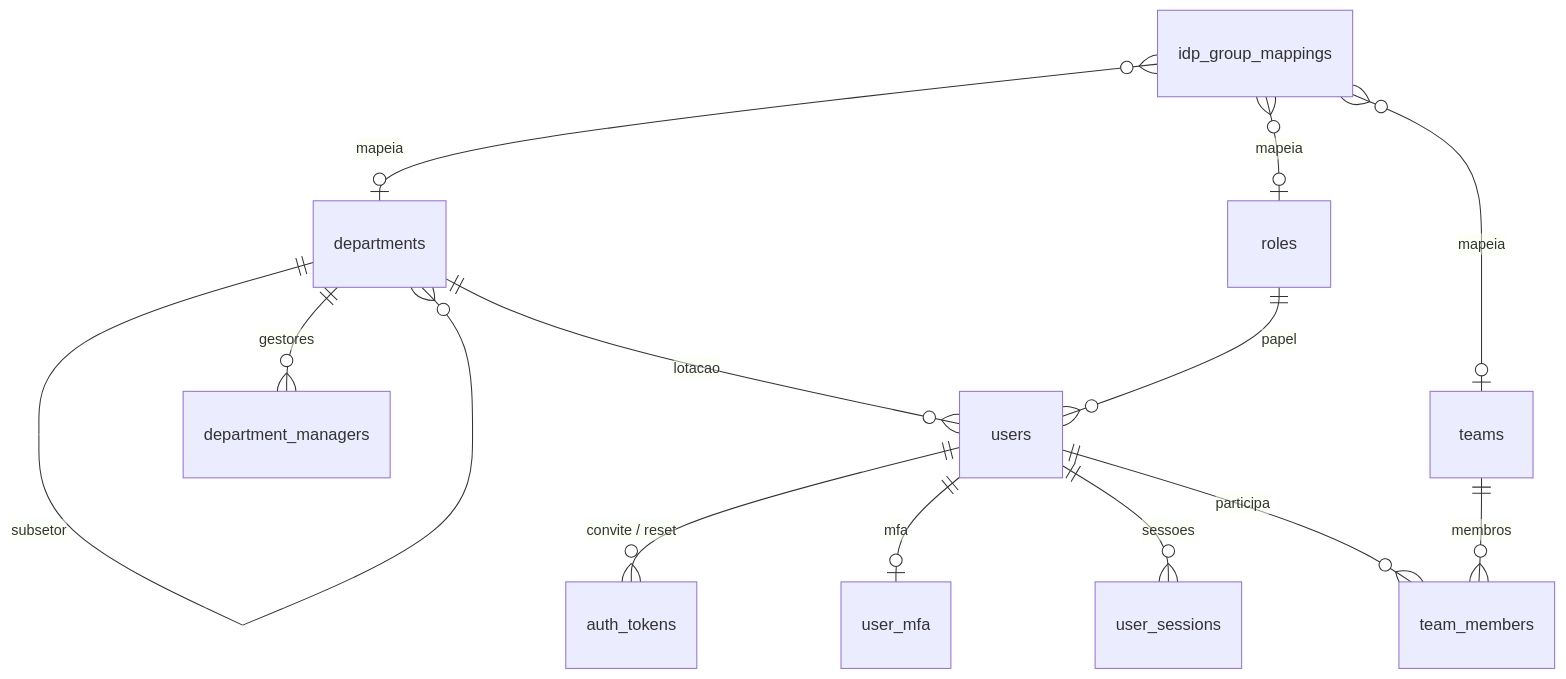
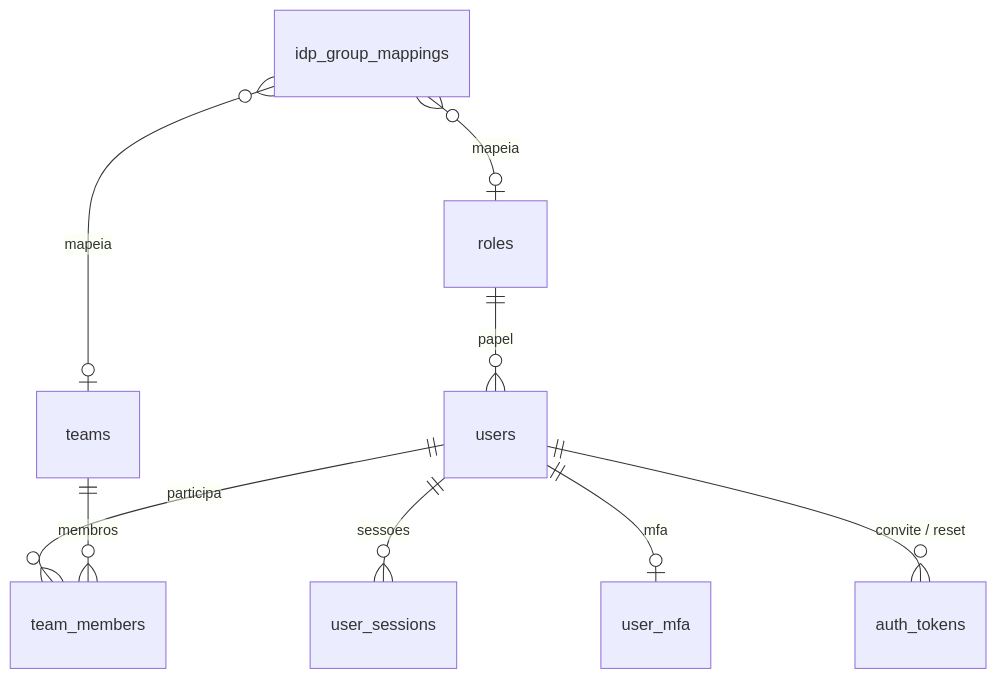
One commit to 0LB-i/ticketflow changed the first of 2 diagrams in docs/04-modelo-de-dados.md. Above: the diagram before and after it, drawn with Mermaid. The commit also changed other lines of this file and 21 other files, not shown here.

````diff
--- a/docs/04-modelo-de-dados.md
+++ b/docs/04-modelo-de-dados.md
@@ -11,15 +11,11 @@
 ```mermaid
 erDiagram
-    departments ||--o{ departments : subsetor
-    departments ||--o{ users : lotacao
-    departments ||--o{ department_managers : gestores
     roles ||--o{ users : papel
     users ||--o{ team_members : participa
     teams ||--o{ team_members : membros
     users ||--o{ user_sessions : sessoes
     users ||--o| user_mfa : mfa
     users ||--o{ auth_tokens : "convite / reset"
     idp_group_mappings }o--o| roles : mapeia
     idp_group_mappings }o--o| teams : mapeia
-    idp_group_mappings }o--o| departments : mapeia
 ```
````
